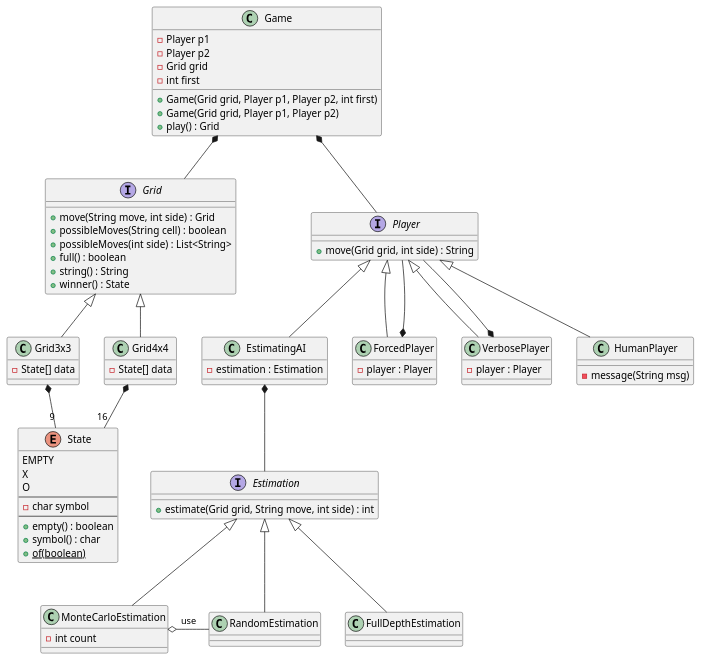
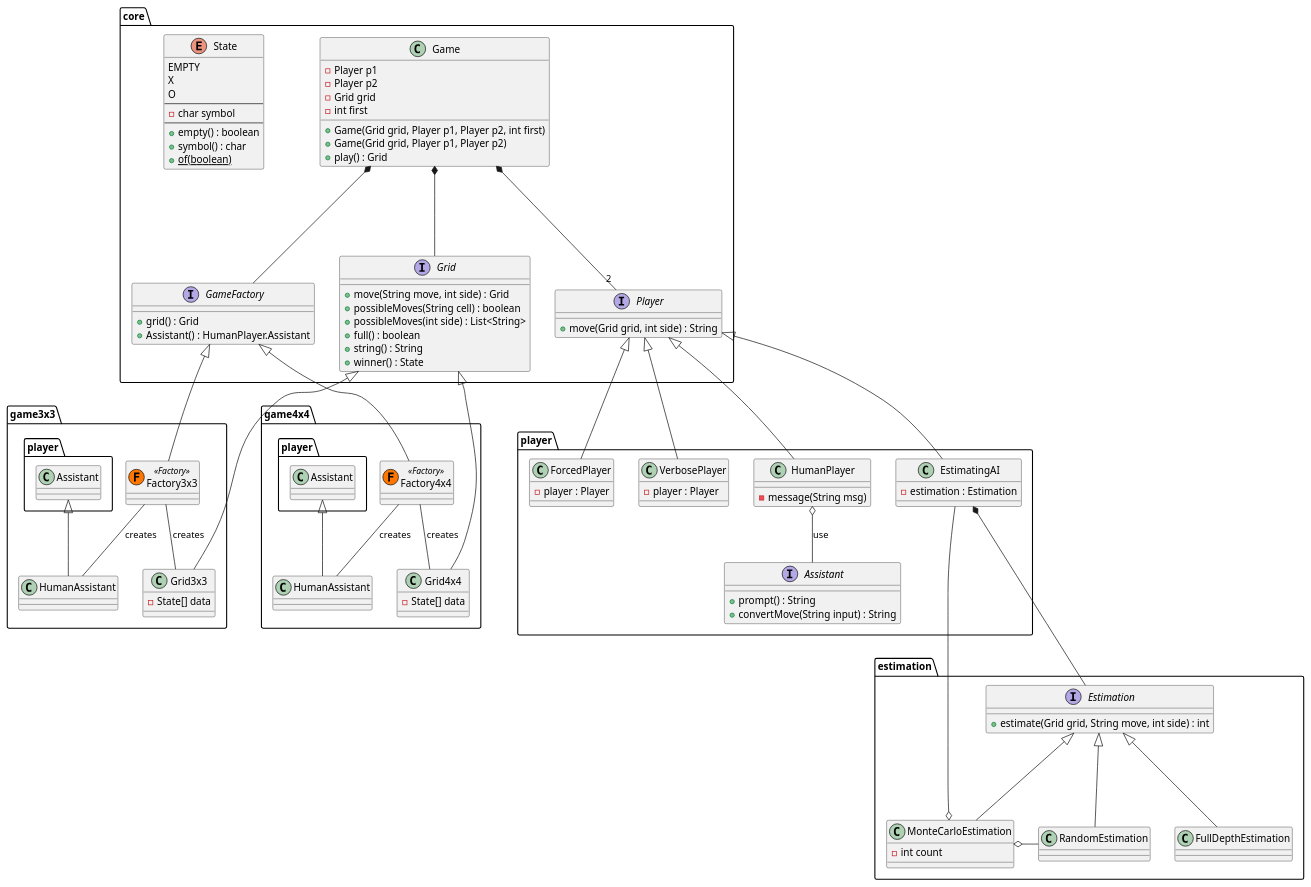
Before and after one commit to Zefick/elegant-tictactoe: the diagram in classes.plantuml, drawn with PlantUML. The commit also changed 1 other file, not shown here.

Commit message:
class diagram update

```diff
--- a/classes.plantuml
+++ b/classes.plantuml
@@ -1,99 +1,135 @@
 @startuml
 
-class Game {
-  -Player p1
-  -Player p2
-  -Grid grid
-  -int first
-  +Game(Grid grid, Player p1, Player p2, int first)
-  +Game(Grid grid, Player p1, Player p2)
-  +play() : Grid
+namespace core {
+
+    class Game {
+      -Player p1
+      -Player p2
+      -Grid grid
+      -int first
+      +Game(Grid grid, Player p1, Player p2, int first)
+      +Game(Grid grid, Player p1, Player p2)
+      +play() : Grid
+    }
+    
+    interface Grid {
+      +move(String move, int side) : Grid
+      +possibleMoves(String cell) : boolean
+      +possibleMoves(int side) : List<String>
+      +full() : boolean
+      +string() : String
+      +winner() : State
+    }
+    
+    interface GameFactory {
+      +grid() : Grid
+      +Assistant() : HumanPlayer.Assistant
+    }
+    
+    enum State {
+      EMPTY
+      X
+      O
+      ---
+      -char symbol
+      ---
+      +empty() : boolean
+      +symbol() : char
+      +{static} of(boolean)
+    }
+    
+    interface Player {
+      +move(Grid grid, int side) : String
+    }
+
+    Game *--- GameFactory
+    Game *--- Grid
+    Game *--- "2" Player
 }
 
-interface Grid {
-  +move(String move, int side) : Grid
-  +possibleMoves(String cell) : boolean
-  +possibleMoves(int side) : List<String>
-  +full() : boolean
-  +string() : String
-  +winner() : State
+namespace game3x3 {
+    class Grid3x3 {
+      -State[] data
+    }
+    
+    class Factory3x3 << (F,#FF7700) Factory >>
+    class HumanAssistant
+    
+    Factory3x3 -- Grid3x3 : creates
+    Factory3x3 -- HumanAssistant : creates
+    
+    core.GameFactory <|-- Factory3x3
+    player.Assistant <|-- HumanAssistant
 }
 
-class Grid3x3 {
-  -State[] data
+namespace game4x4 {
+    class Grid4x4 {
+      -State[] data
+    }
+    
+    class Factory4x4 << (F,#FF7700) Factory >>
+    class HumanAssistant
+    
+    Factory4x4 -- Grid4x4 : creates
+    Factory4x4 -- HumanAssistant : creates
+    
+    core.GameFactory <|-- Factory4x4
+    player.Assistant <|-- HumanAssistant
 }
 
-class Grid4x4 {
-  -State[] data
+core.Grid <|-- game3x3.Grid3x3
+core.Grid <|-- game4x4.Grid4x4
+
+namespace estimation {
+    interface Estimation {
+      +estimate(Grid grid, String move, int side) : int
+    }
+
+    class MonteCarloEstimation {
+      -int count
+    }
+    class RandomEstimation
+    class FullDepthEstimation
+
+    Estimation <|--- MonteCarloEstimation 
+    Estimation <|--- RandomEstimation
+    Estimation <|--- FullDepthEstimation
+
+    MonteCarloEstimation o- RandomEstimation
 }
 
-Grid3x3 *-- "9" State
-Grid4x4 *-- "16" State
-Game *-- Grid
-Grid <|-- Grid3x3
-Grid <|-- Grid4x4
+namespace player {
 
+    interface Assistant {
+      +prompt() : String
+      +convertMove(String input) : String
+    }
+    
+    class ForcedPlayer {
+      -player : Player
+    }
 
-enum State {
-  EMPTY
-  X
-  O
-  ---
-  -char symbol
-  ---
-  +empty() : boolean
-  +symbol() : char
-  +{static} of(boolean)
+    class VerbosePlayer {
+      -player : Player
+    }
+
+    class HumanPlayer {
+      -message(String msg)
+    }
+    class EstimatingAI {
+      -estimation : Estimation
+    }
+
+    HumanPlayer o-- Assistant : use
+
+    EstimatingAI *--- estimation.Estimation
+    EstimatingAI ---o estimation.MonteCarloEstimation
+
+    core.Player <|-- HumanPlayer
+    core.Player <|-- ForcedPlayer
+    core.Player <|-- EstimatingAI
+    core.Player <|-- VerbosePlayer
 }
 
 
-Game *-- Player
-
-interface Estimation {
-  +estimate(Grid grid, String move, int side) : int
-}
-
-class MonteCarloEstimation {
-  -int count
-}
-class RandomEstimation
-class FullDepthEstimation
-
-Estimation <|-- MonteCarloEstimation 
-Estimation <|-- RandomEstimation
-Estimation <|-- FullDepthEstimation
-
-MonteCarloEstimation o- RandomEstimation : use
-
-interface Player {
-  +move(Grid grid, int side) : String
-}
-
-class EstimatingAI {
-  -estimation : Estimation
-}
-
-class ForcedPlayer {
-  -player : Player
-}
-
-class VerbosePlayer {
-  -player : Player
-}
-
-class HumanPlayer {
-  -message(String msg)
-}
-
-EstimatingAI *-- Estimation
-
-VerbosePlayer *-- Player
-ForcedPlayer *-- Player
-
-Player <|-- HumanPlayer
-Player <|-- ForcedPlayer
-Player <|-- EstimatingAI
-Player <|-- VerbosePlayer
-
-
 @enduml
```
